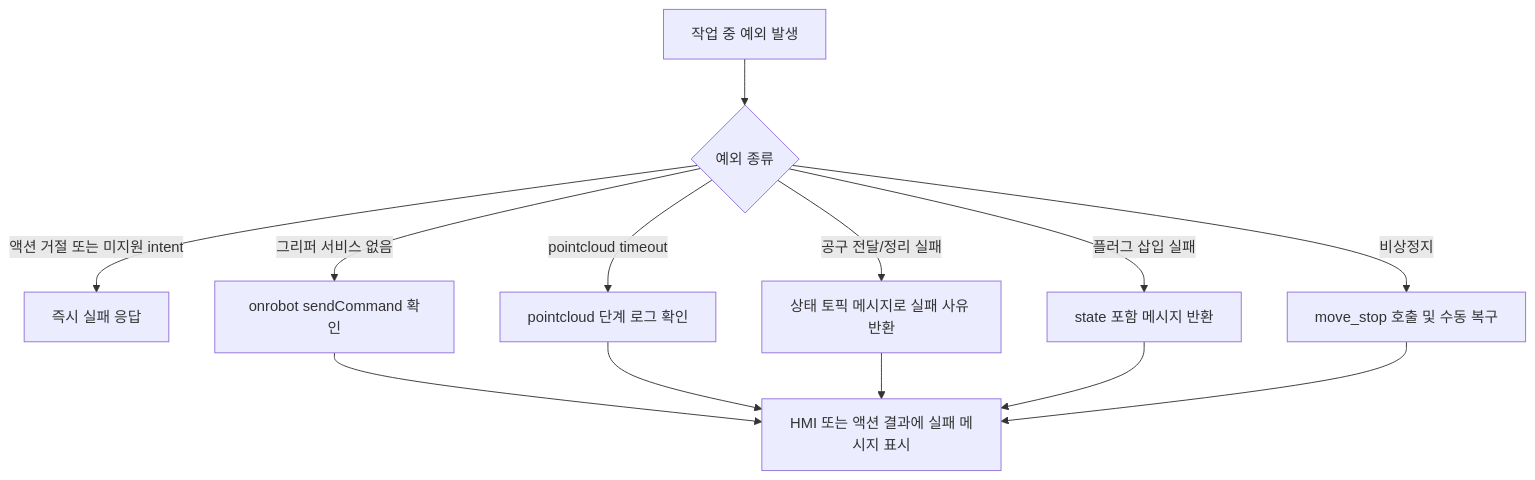
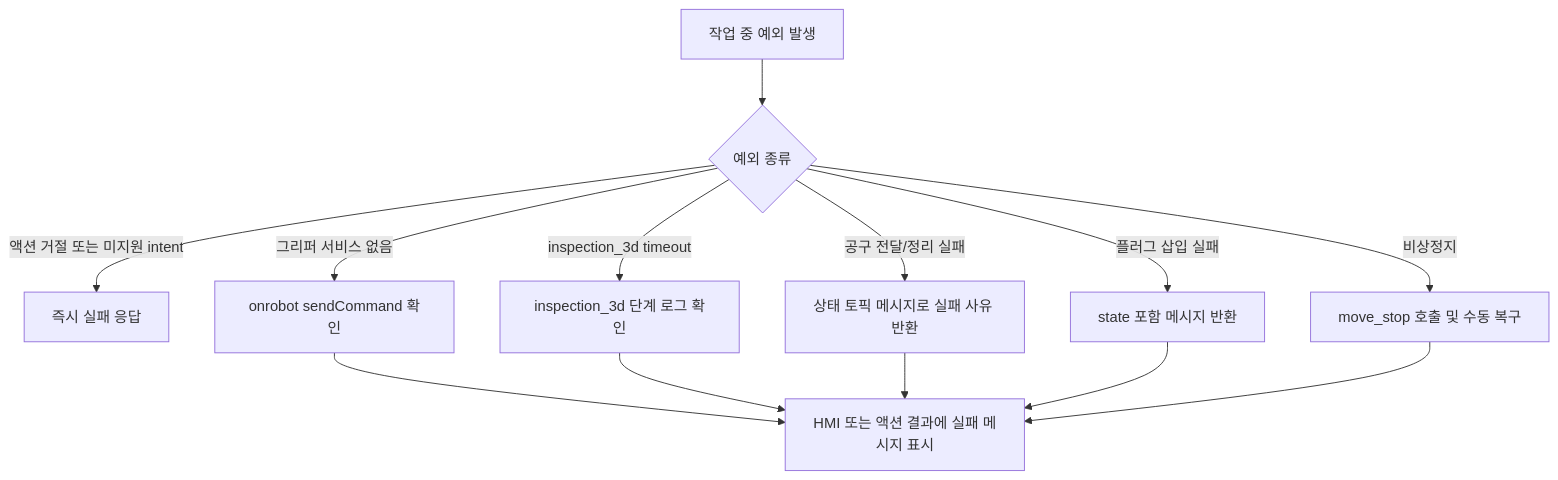
One commit to donggeun333/ROKEY_Project_Cobot2 changed the third of 3 diagrams in README.md. Above: the diagram before and after it, drawn with Mermaid. The commit also changed other lines of this file and 242 other files, not shown here.

````diff
--- a/README.md
+++ b/README.md
@@ -108,15 +108,15 @@
 ```mermaid
 flowchart TD
     A[작업 중 예외 발생] --> B{예외 종류}
     B -- 액션 거절 또는 미지원 intent --> C[즉시 실패 응답]
     B -- 그리퍼 서비스 없음 --> D[onrobot sendCommand 확인]
-    B -- pointcloud timeout --> E[pointcloud 단계 로그 확인]
+    B -- inspection_3d timeout --> E[inspection_3d 단계 로그 확인]
     B -- 공구 전달/정리 실패 --> F[상태 토픽 메시지로 실패 사유 반환]
     B -- 플러그 삽입 실패 --> G[state 포함 메시지 반환]
     B -- 비상정지 --> H[move_stop 호출 및 수동 복구]
     D --> I[HMI 또는 액션 결과에 실패 메시지 표시]
     E --> I
     F --> I
     G --> I
     H --> I
 ```
````
